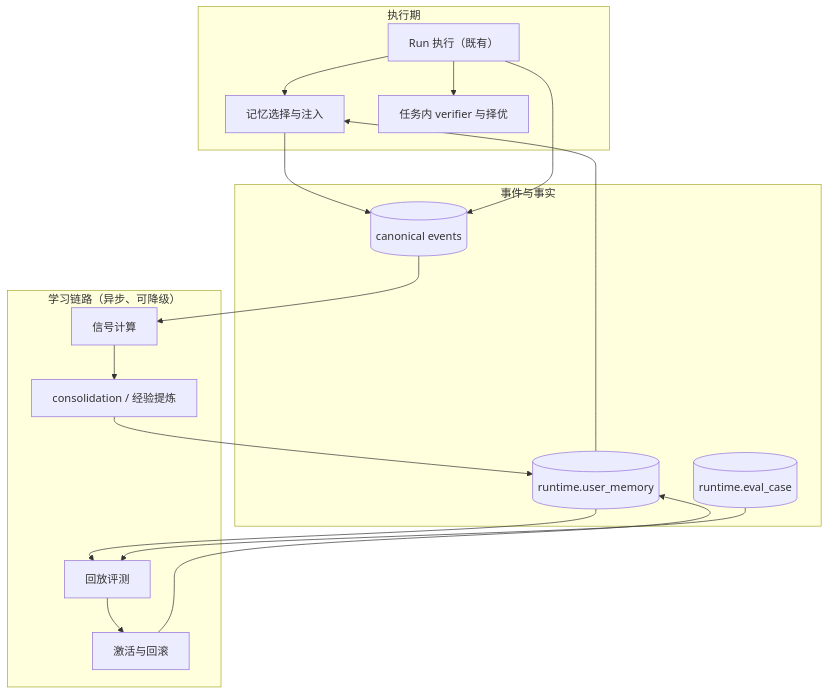
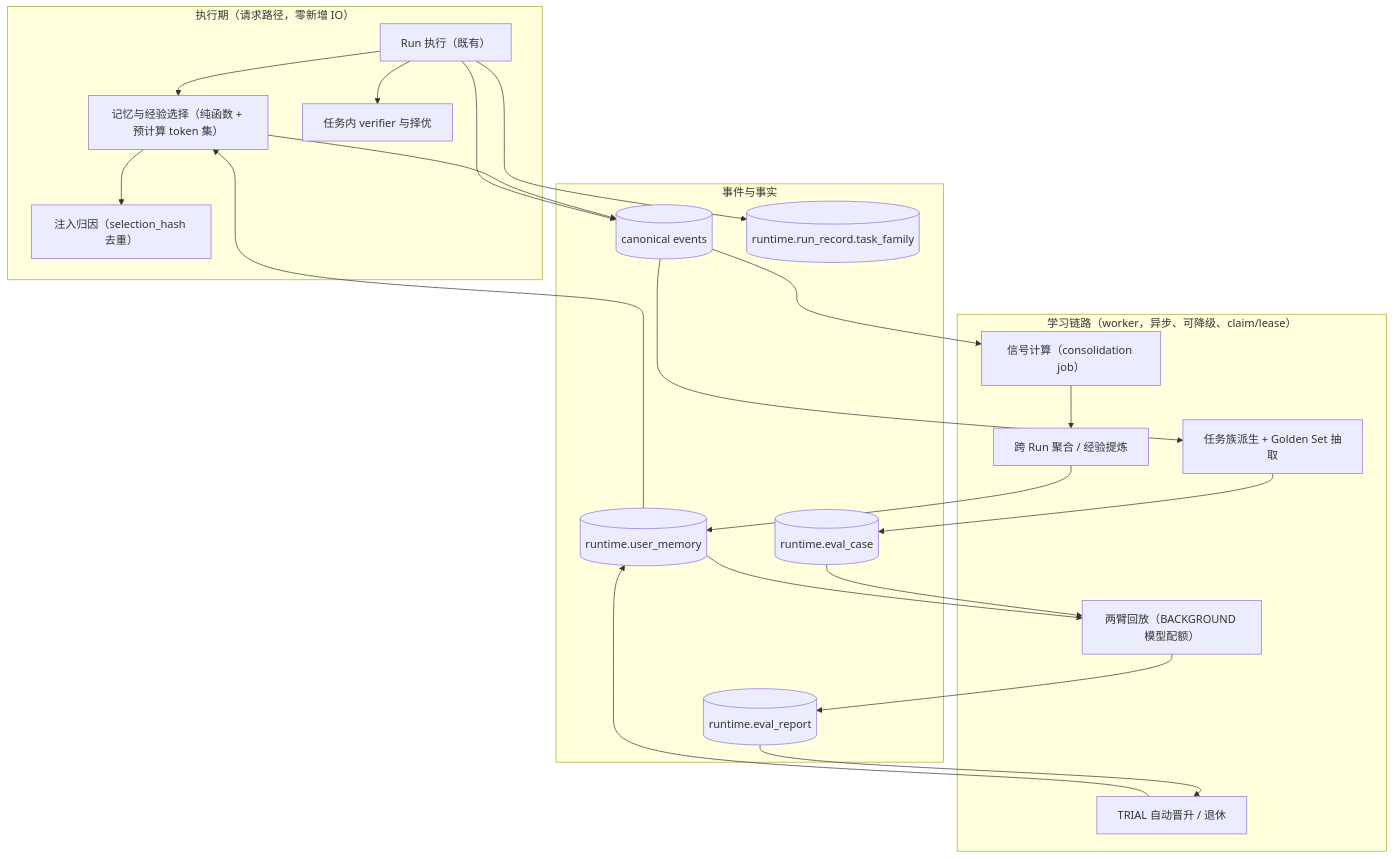
One commit to Michaelxwb/fluxion-harness changed the diagram in .code-flow/tasks/2026-10-31/agent-self-evolution/agent-self-evolution.design.md. Above: the diagram before and after it, drawn with Mermaid. The commit also changed other lines of this file and 16 other files, not shown here.

````diff
--- a/.code-flow/tasks/2026-10-31/agent-self-evolution/agent-self-evolution.design.md
+++ b/.code-flow/tasks/2026-10-31/agent-self-evolution/agent-self-evolution.design.md
@@ -199,31 +228,40 @@
 ```mermaid
 graph TB
-    subgraph "执行期"
+    subgraph "执行期（请求路径，零新增 IO）"
         RUN["Run 执行（既有）"]
-        MEM["记忆选择与注入"]
+        MEM["记忆与经验选择（纯函数 + 预计算 token 集）"]
         VER["任务内 verifier 与择优"]
+        ATT["注入归因（selection_hash 去重）"]
     end
     subgraph "事件与事实"
         EV[("canonical events")]
         UM[("runtime.user_memory")]
         EC[("runtime.eval_case")]
+        ER[("runtime.eval_report")]
+        RR[("runtime.run_record.task_family")]
     end
-    subgraph "学习链路（异步、可降级）"
-        SIG["信号计算"]
-        CONS["consolidation / 经验提炼"]
-        REPLAY["回放评测"]
-        ACT["激活与回滚"]
+    subgraph "学习链路（worker，异步、可降级、claim/lease）"
+        SIG["信号计算（consolidation job）"]
+        FAM["任务族派生 + Golden Set 抽取"]
+        CONS["跨 Run 聚合 / 经验提炼"]
+        REPLAY["两臂回放（BACKGROUND 模型配额）"]
+        ACT["TRIAL 自动晋升 / 退休"]
     end
     RUN --> MEM
     RUN --> VER
+    MEM --> ATT
     MEM --> EV
     RUN --> EV
+    RUN --> RR
     EV --> SIG
+    EV --> FAM
+    FAM --> EC
     SIG --> CONS
     CONS --> UM
+    EC --> REPLAY
     UM --> REPLAY
-    EC --> REPLAY
-    REPLAY --> ACT
+    REPLAY --> ER
+    ER --> ACT
     ACT --> UM
     UM --> MEM
 ```
````
